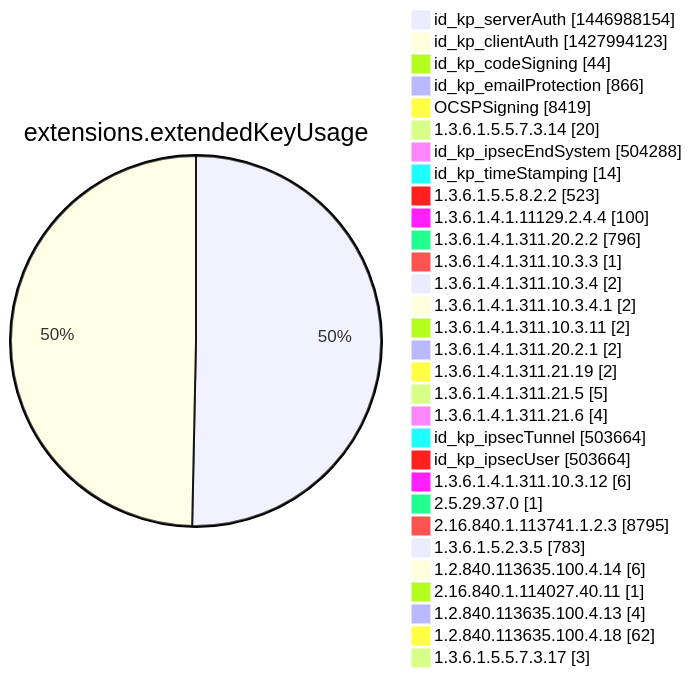
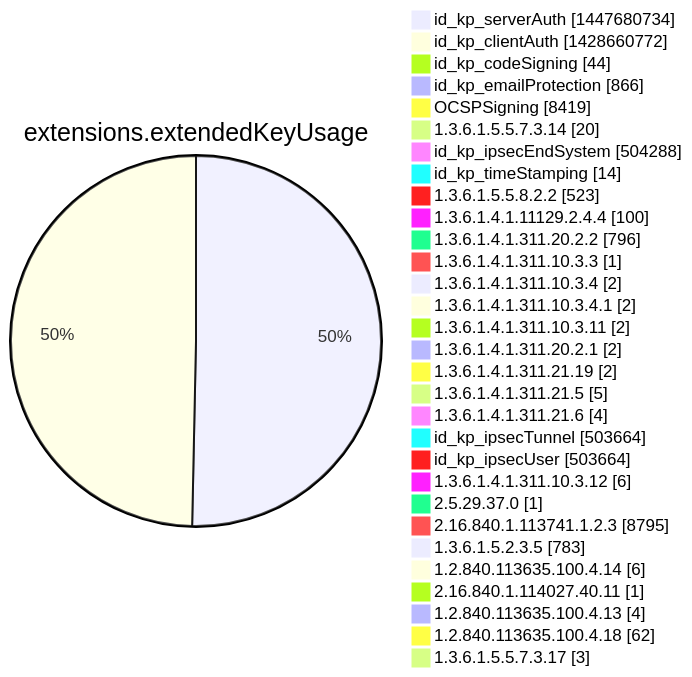
One commit to christiankrug/ctmonitor_visualization changed diagram 12 of 15 in argon2022/README.md. Above: the diagram before and after it, drawn with Mermaid. The commit also changed other lines of this file, not shown here.

````diff
--- a/argon2022/README.md
+++ b/argon2022/README.md
@@ -3555,34 +3555,34 @@
 ```mermaid
 pie showData
 title extensions.extendedKeyUsage
-"id_kp_serverAuth" :1446988154
-"id_kp_clientAuth" :1427994123
+"id_kp_serverAuth" :1447680734
+"id_kp_clientAuth" :1428660772
 "id_kp_codeSigning" :44
 "id_kp_emailProtection" :866
 "OCSPSigning" :8419
 "1.3.6.1.5.5.7.3.14" :20
 "id_kp_ipsecEndSystem" :504288
 "id_kp_timeStamping" :14
 "1.3.6.1.5.5.8.2.2" :523
 "1.3.6.1.4.1.11129.2.4.4" :100
 "1.3.6.1.4.1.311.20.2.2" :796
 "1.3.6.1.4.1.311.10.3.3" :1
 "1.3.6.1.4.1.311.10.3.4" :2
 "1.3.6.1.4.1.311.10.3.4.1" :2
 "1.3.6.1.4.1.311.10.3.11" :2
 "1.3.6.1.4.1.311.20.2.1" :2
 "1.3.6.1.4.1.311.21.19" :2
 "1.3.6.1.4.1.311.21.5" :5
 "1.3.6.1.4.1.311.21.6" :4
 "id_kp_ipsecTunnel" :503664
 "id_kp_ipsecUser" :503664
 "1.3.6.1.4.1.311.10.3.12" :6
 "2.5.29.37.0" :1
 "2.16.840.1.113741.1.2.3" :8795
 "1.3.6.1.5.2.3.5" :783
 "1.2.840.113635.100.4.14" :6
 "2.16.840.1.114027.40.11" :1
 "1.2.840.113635.100.4.13" :4
 "1.2.840.113635.100.4.18" :62
 "1.3.6.1.5.5.7.3.17" :3
 ```
````
